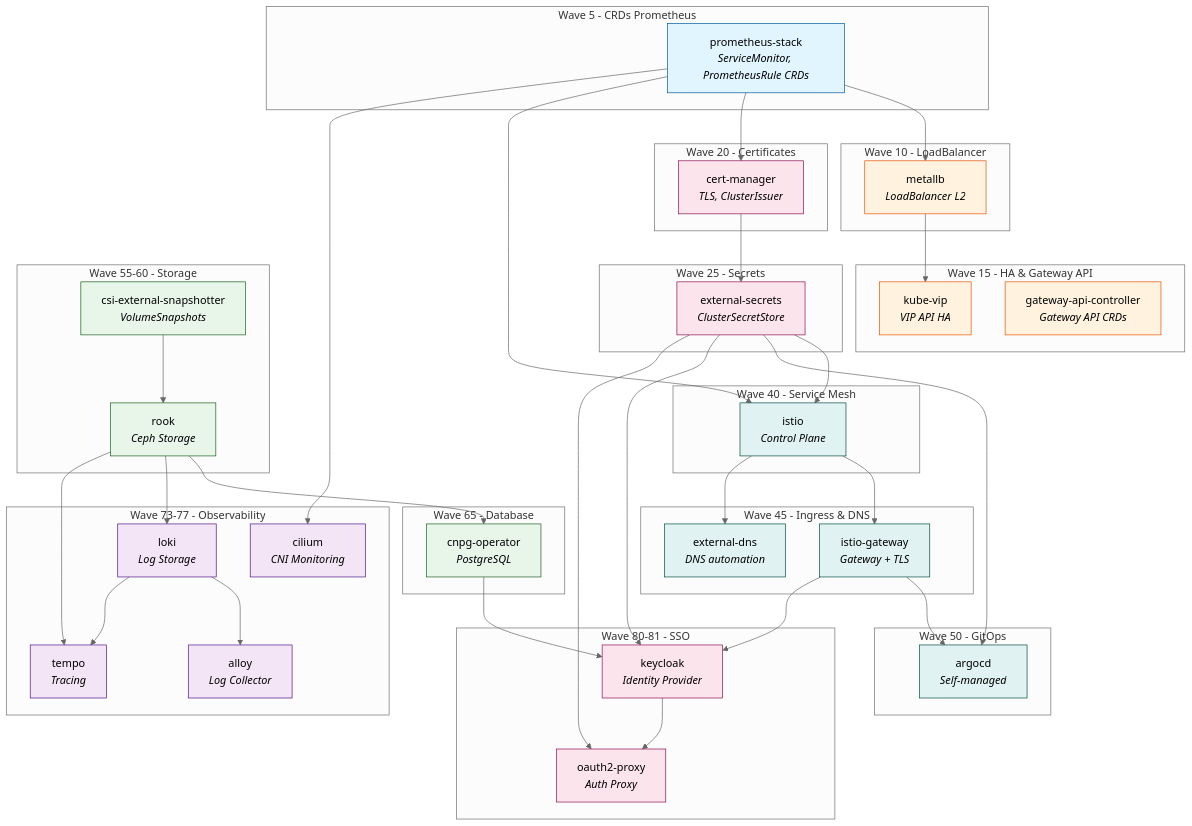
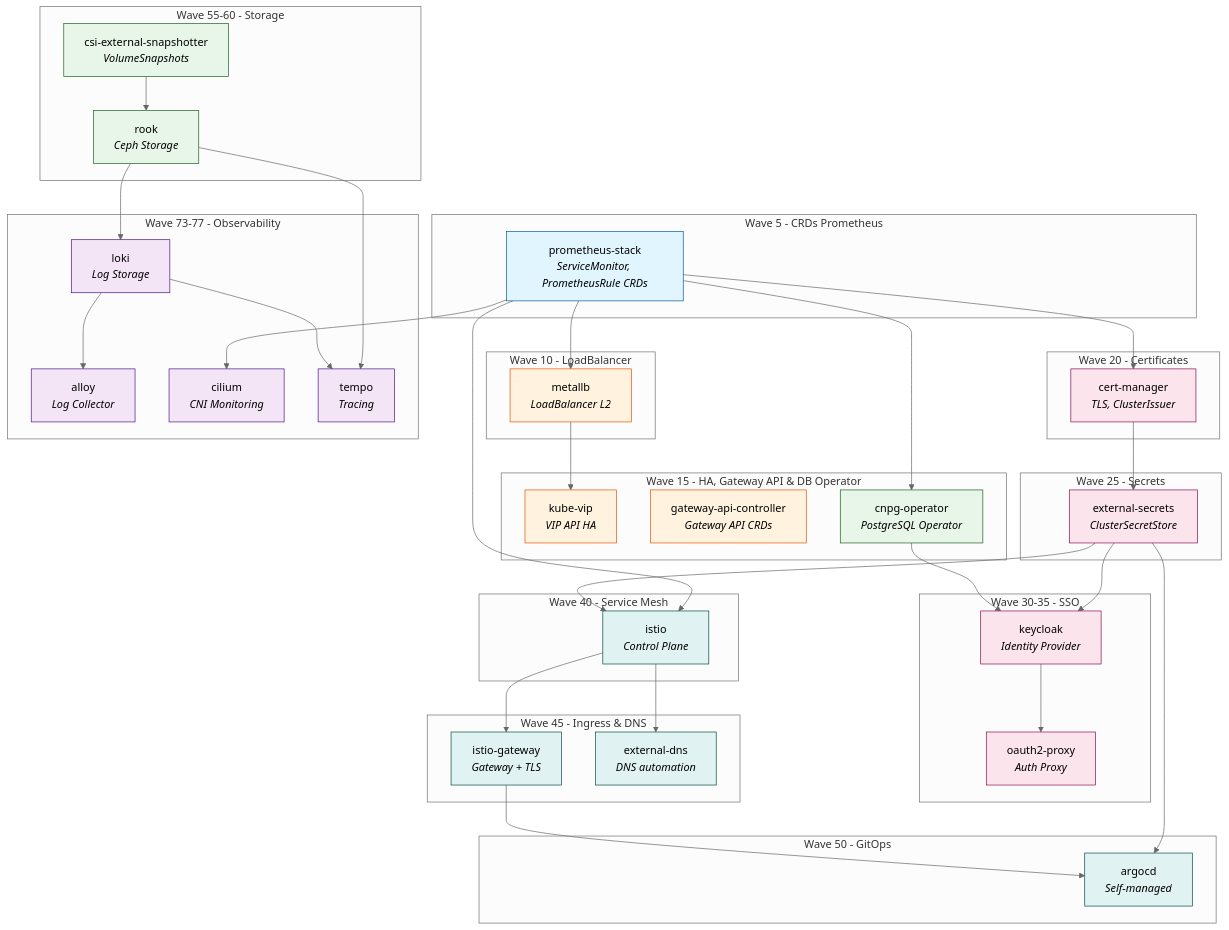
One commit to gigi206/k8s changed the diagram in deploy/argocd/README.md. Above: the diagram before and after it, drawn with Mermaid (neutral theme). The commit also changed other lines of this file and 3 other files, not shown here.

```diff
--- a/deploy/argocd/README.md
+++ b/deploy/argocd/README.md
@@ -116,9 +116,10 @@
         metallb["metallb<br/><i>LoadBalancer L2</i>"]
     end
 
-    subgraph wave15["Wave 15 - HA & Gateway API"]
+    subgraph wave15["Wave 15 - HA, Gateway API & DB Operator"]
         kube-vip["kube-vip<br/><i>VIP API HA</i>"]
         gateway-api["gateway-api-controller<br/><i>Gateway API CRDs</i>"]
+        cnpg["cnpg-operator<br/><i>PostgreSQL Operator</i>"]
     end
 
     subgraph wave20["Wave 20 - Certificates"]
@@ -127,6 +128,11 @@
 
     subgraph wave25["Wave 25 - Secrets"]
         external-secrets["external-secrets<br/><i>ClusterSecretStore</i>"]
+    end
+
+    subgraph wave30-35["Wave 30-35 - SSO"]
+        keycloak["keycloak<br/><i>Identity Provider</i>"]
+        oauth2-proxy["oauth2-proxy<br/><i>Auth Proxy</i>"]
     end
 
     subgraph wave40["Wave 40 - Service Mesh"]
@@ -147,10 +153,6 @@
         rook["rook<br/><i>Ceph Storage</i>"]
     end
 
-    subgraph wave65["Wave 65 - Database"]
-        cnpg["cnpg-operator<br/><i>PostgreSQL</i>"]
-    end
-
     subgraph wave73-77["Wave 73-77 - Observability"]
         loki["loki<br/><i>Log Storage</i>"]
         alloy["alloy<br/><i>Log Collector</i>"]
@@ -158,14 +160,10 @@
         tempo["tempo<br/><i>Tracing</i>"]
     end
 
-    subgraph wave80-81["Wave 80-81 - SSO"]
-        keycloak["keycloak<br/><i>Identity Provider</i>"]
-        oauth2-proxy["oauth2-proxy<br/><i>Auth Proxy</i>"]
-    end
-
     %% Dependencies
     prometheus-stack --> metallb
     prometheus-stack --> cert-manager
+    prometheus-stack --> cnpg
     prometheus-stack --> istio
     prometheus-stack --> cilium
 
@@ -173,29 +171,27 @@
 
     cert-manager --> external-secrets
 
+    external-secrets --> keycloak
+
+    cnpg --> keycloak
+
+    keycloak --> oauth2-proxy
+
     external-secrets --> istio
     external-secrets --> argocd
-    external-secrets --> keycloak
-    external-secrets --> oauth2-proxy
 
     istio --> istio-gateway
     istio --> external-dns
 
     istio-gateway --> argocd
-    istio-gateway --> keycloak
 
     csi-snapshotter --> rook
 
-    rook --> cnpg
     rook --> loki
     rook --> tempo
 
-    cnpg --> keycloak
-
     loki --> alloy
     loki --> tempo
-
-    keycloak --> oauth2-proxy
 
     %% Styling
     classDef crd fill:#e1f5fe,stroke:#01579b
```
